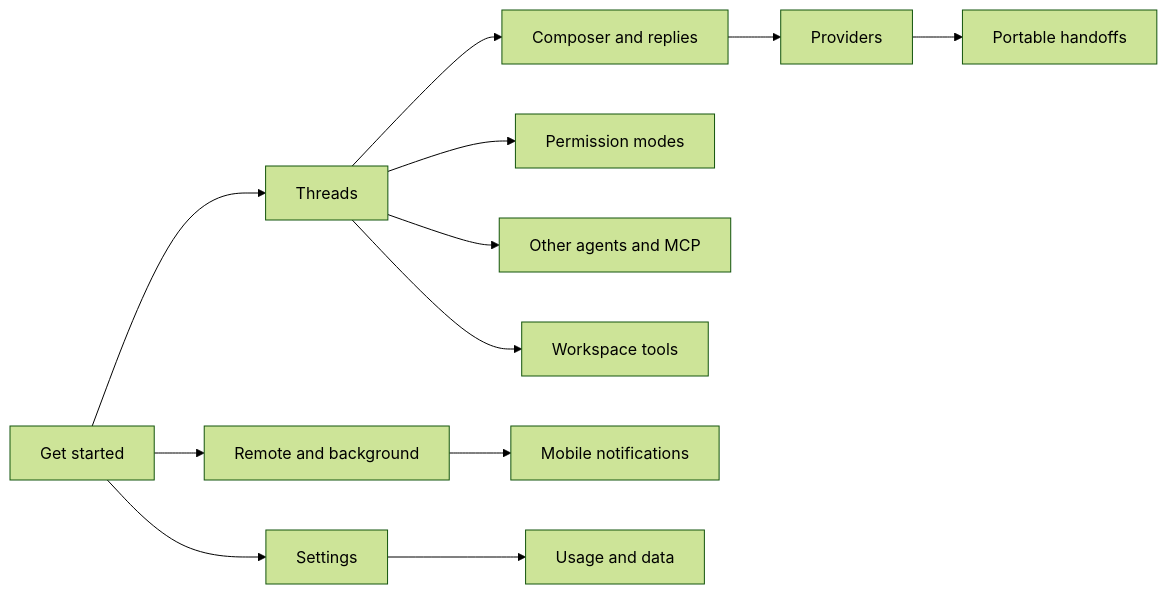
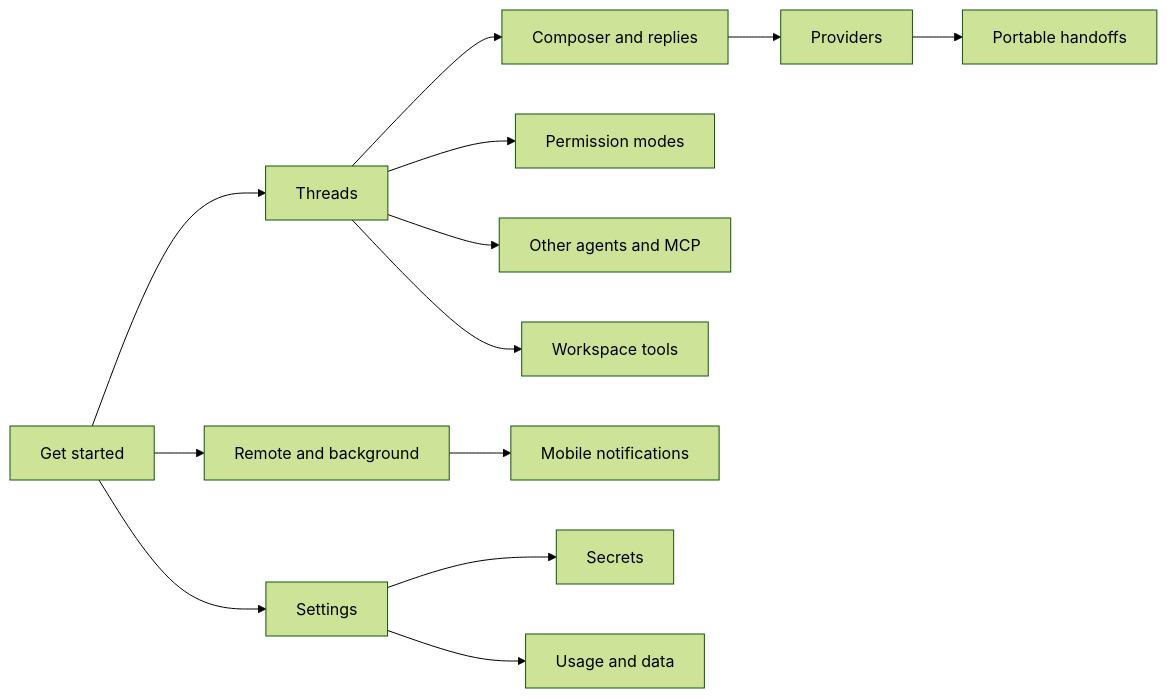
One commit to travisjneuman/t3code changed the diagram in docs/user/README.md. Above: the diagram before and after it, drawn with Mermaid (forest theme). The commit also changed other lines of this file and 24 other files, not shown here.

````diff
--- a/docs/user/README.md
+++ b/docs/user/README.md
@@ -35,14 +39,15 @@
 ```mermaid
 graph LR
   GS[Get started] --> TH[Threads]
   TH --> CO[Composer and replies]
   TH --> PM[Permission modes]
   CO --> PR[Providers]
   PR --> HO[Portable handoffs]
   TH --> AG[Other agents and MCP]
   TH --> WT[Workspace tools]
   GS --> SE[Settings]
   GS --> RE[Remote and background]
   RE --> NO[Mobile notifications]
+  SE --> SC[Secrets]
   SE --> US[Usage and data]
 ```
````
